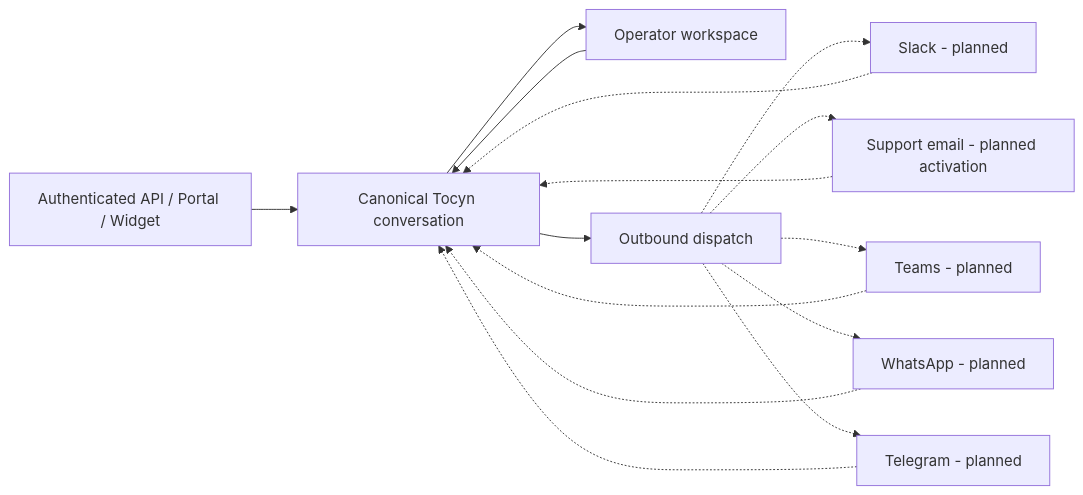
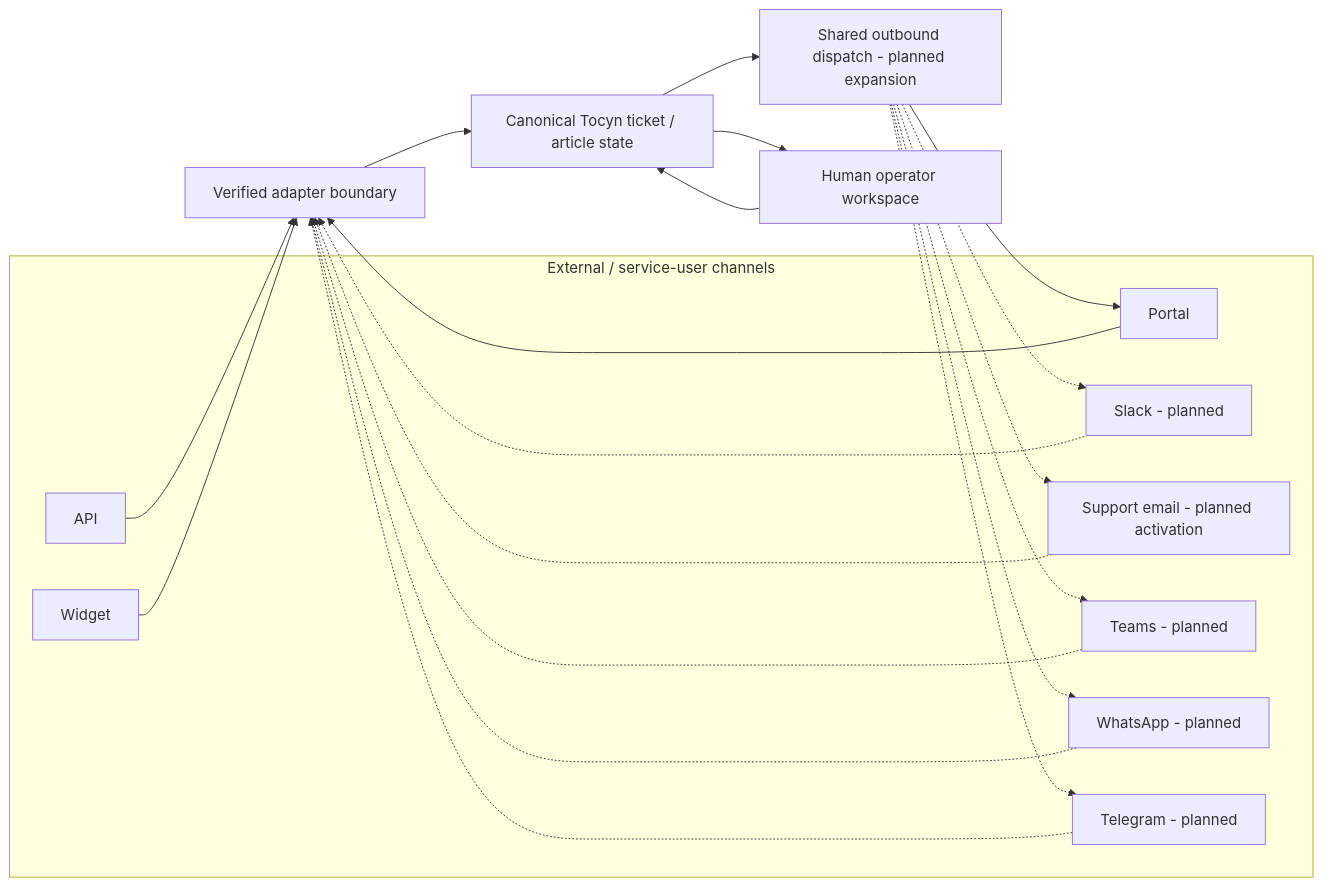
Before and after one commit to nathcymru/Tocyn: the diagram in docs/wiki-sync/Channels-and-conversation-model.md, drawn with Mermaid. The commit also changed other lines of this file and 175 other files, not shown here.

````diff
--- a/docs/wiki-sync/Channels-and-conversation-model.md
+++ b/docs/wiki-sync/Channels-and-conversation-model.md
@@ -7,17 +16,34 @@
 ```mermaid
 flowchart LR
-  A[Authenticated API / Portal / Widget] --> C[Canonical Tocyn conversation]
-  S[Slack - planned] -.-> C
-  E[Support email - planned activation] -.-> C
-  T[Teams - planned] -.-> C
-  W[WhatsApp - planned] -.-> C
-  G[Telegram - planned] -.-> C
-  C --> O[Operator workspace]
-  O --> C
-  C --> D[Outbound dispatch]
-  D -.-> S
-  D -.-> E
-  D -.-> T
-  D -.-> W
-  D -.-> G
+    subgraph Inbound[External / service-user channels]
+      API[API]
+      Portal[Portal]
+      Widget[Widget]
+      Slack[Slack - planned]
+      Email[Support email - planned activation]
+      Teams[Teams - planned]
+      WA[WhatsApp - planned]
+      TG[Telegram - planned]
+    end
+
+    C[Verified adapter boundary]
+    M[Canonical Tocyn ticket / article state]
+    O[Human operator workspace]
+    D[Shared outbound dispatch - planned expansion]
+
+    API --> C
+    Portal --> C
+    Widget --> C
+    Slack -.-> C
+    Email -.-> C
+    Teams -.-> C
+    WA -.-> C
+    TG -.-> C
+    C --> M --> O --> M --> D
+    D -.-> Slack
+    D -.-> Email
+    D -.-> Teams
+    D -.-> WA
+    D -.-> TG
+    D --> Portal
 ```
````
